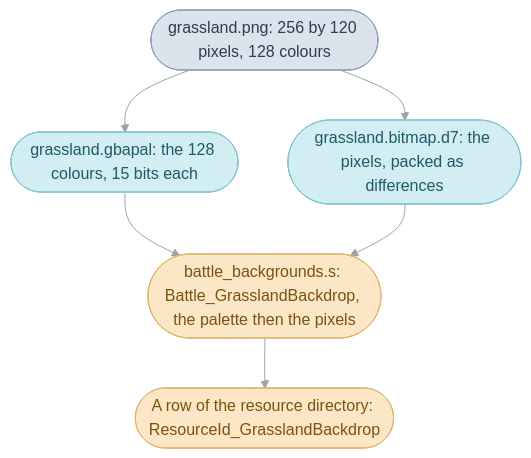
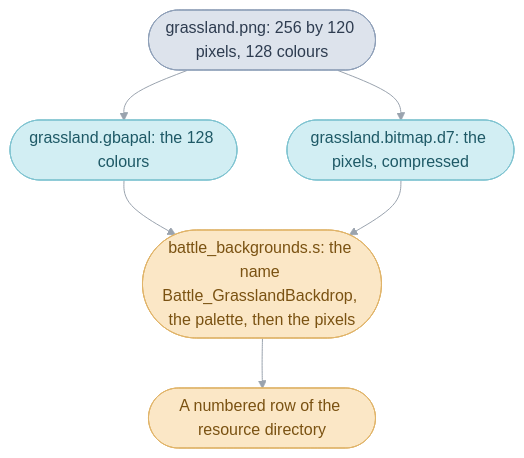
Before and after one commit to PascalPixel/alchemy: the second of 3 diagrams in games/tbs/src/graphics/README.md, drawn with Mermaid. The commit also changed other lines of this file and 21 other files, not shown here.

````diff
--- a/games/tbs/src/graphics/README.md
+++ b/games/tbs/src/graphics/README.md
@@ -109,15 +89,15 @@
 ```mermaid
 %%{init: {"theme": "base", "themeVariables": {"lineColor": "#9AA3AE", "edgeLabelBackground": "#FFFFFF"}, "flowchart": {"curve": "basis", "padding": 12}}}%%
 flowchart TD
-  png(["grassland.png: 256 by 120 pixels, 128 colours"]) --> pal(["grassland.gbapal: the 128 colours, 15 bits each"])
-  png --> pix(["grassland.bitmap.d7: the pixels, packed as differences"])
-  pal --> s(["battle_backgrounds.s: Battle_GrasslandBackdrop, the palette then the pixels"])
+  png(["grassland.png: 256 by 120 pixels, 128 colours"]) --> pal(["grassland.gbapal: the 128 colours"])
+  png --> pix(["grassland.bitmap.d7: the pixels, compressed"])
+  pal --> s(["battle_backgrounds.s: the name Battle_GrasslandBackdrop, the palette, then the pixels"])
   pix --> s
-  s --> row(["A row of the resource directory: ResourceId_GrasslandBackdrop"])
+  s --> row(["A numbered row of the resource directory"])
   classDef source fill:#DDE3EC,stroke:#8FA0B8,color:#2E3C50
   classDef build fill:#D2EEF3,stroke:#7FC3D0,color:#1E5966
   classDef hardware fill:#FBE7C6,stroke:#E0B46A,color:#7A5212
   class png source
   class pal,pix build
   class s,row hardware
 ```
````
